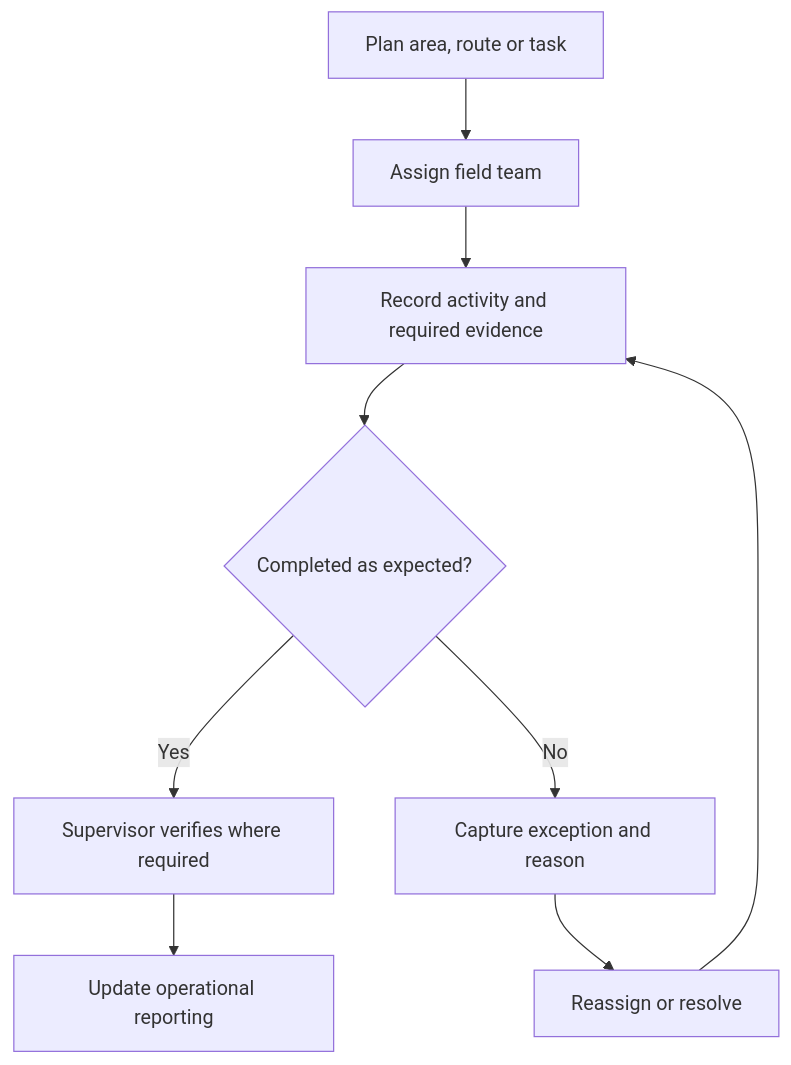
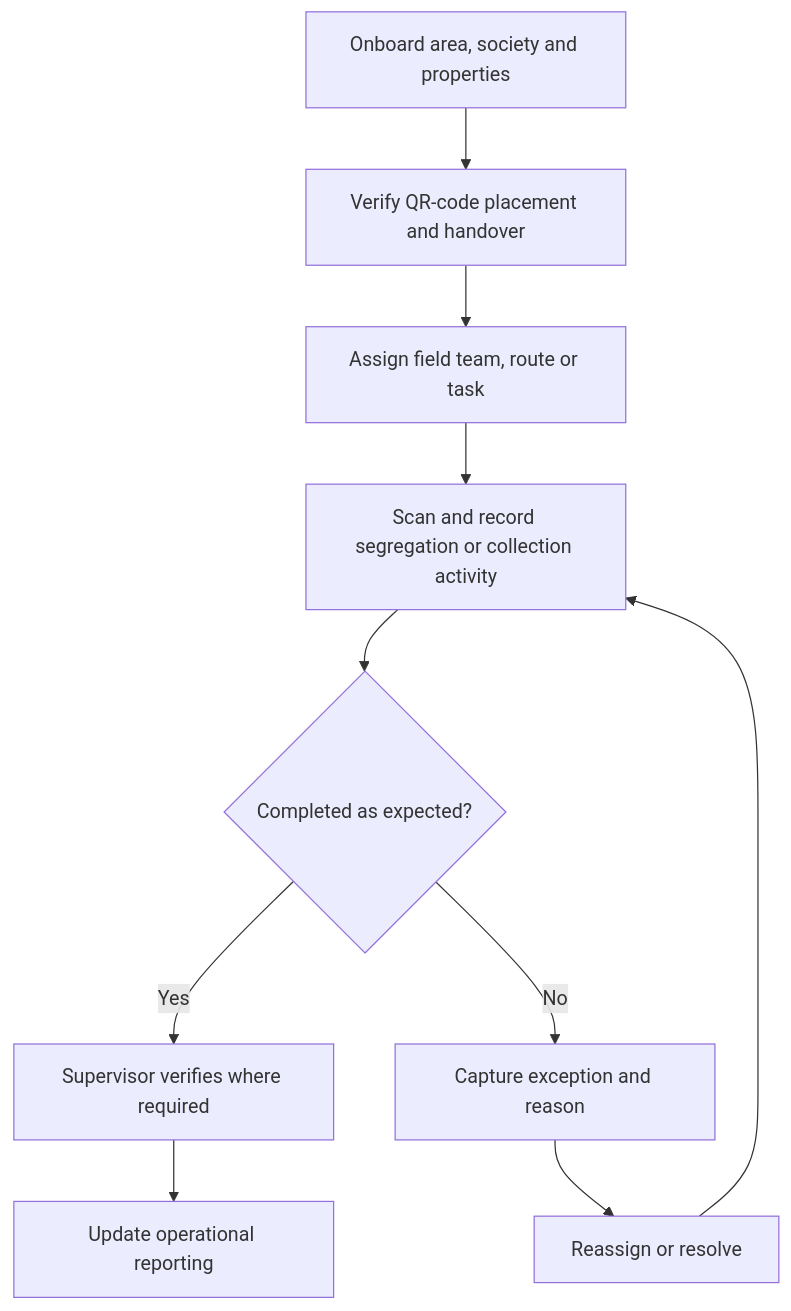
The diagram in domains/sustainability.mdx (NextEdgelabs/nextedge-docs), drawn with Mermaid before and after one commit. The commit also changed other lines of this file and 14 other files, not shown here.

````diff
--- a/domains/sustainability.mdx
+++ b/domains/sustainability.mdx
@@ -13,11 +26,12 @@
 ```mermaid
 flowchart TB
-  A["Plan area, route or task"] --> B["Assign field team"]
-  B --> C["Record activity and required evidence"]
+  A["Onboard area, society and properties"] --> Q["Verify QR-code placement and handover"]
+  Q --> B["Assign field team, route or task"]
+  B --> C["Scan and record segregation or collection activity"]
   C --> D{"Completed as expected?"}
   D -->|Yes| E["Supervisor verifies where required"]
   D -->|No| F["Capture exception and reason"]
   F --> G["Reassign or resolve"]
   G --> C
   E --> H["Update operational reporting"]
 ```
````
